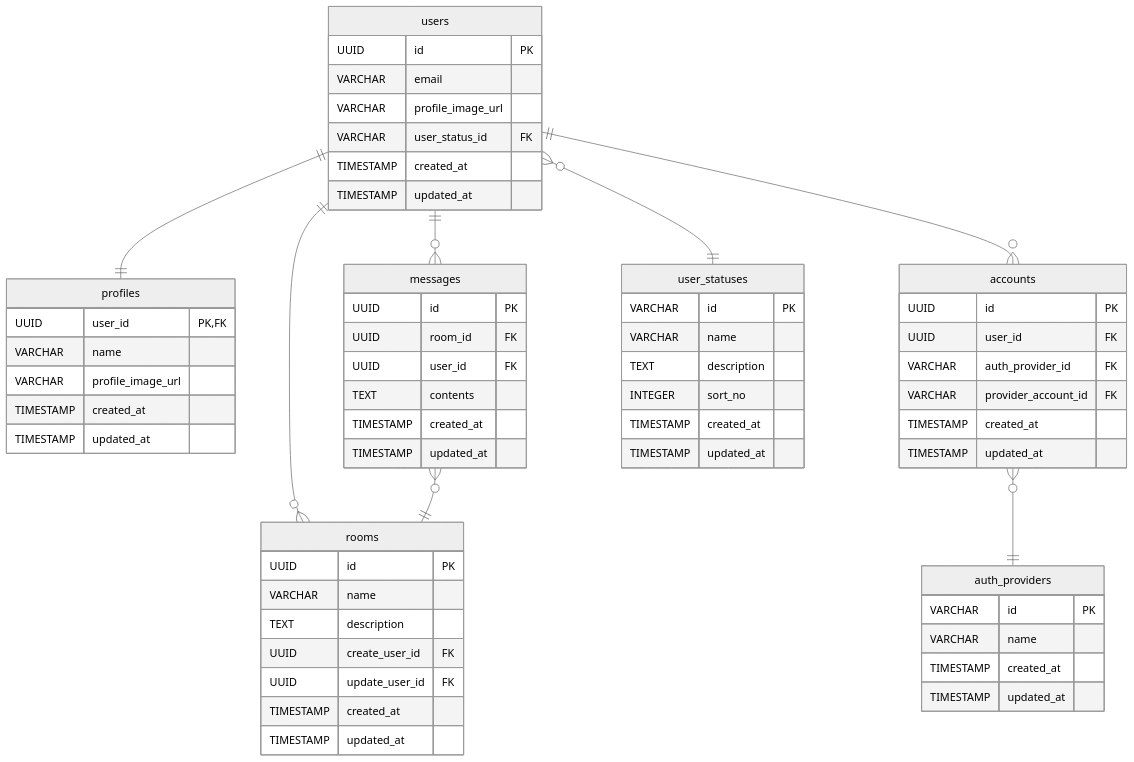
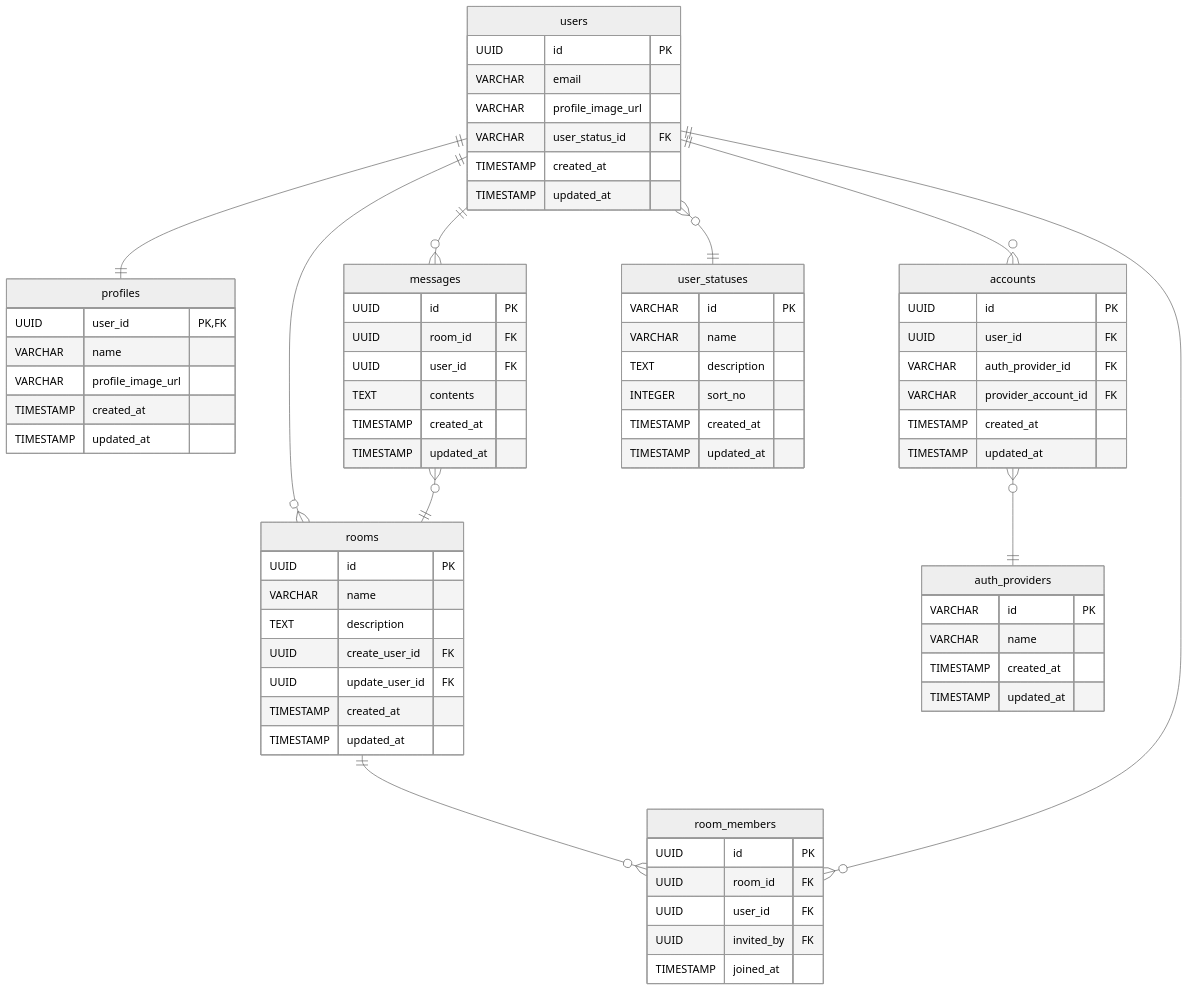
One commit to masuoka-hcompany/chat-app changed the diagram in docs/DB設計/DB設計.md. Above: the diagram before and after it, drawn with Mermaid (neutral theme). The commit also changed other lines of this file, not shown here.

````diff
--- a/docs/DB設計/DB設計.md
+++ b/docs/DB設計/DB設計.md
@@ -118,73 +138,83 @@
 ```mermaid
 erDiagram
   %% リレーション定義
   users 1--1 profiles : ""
   users 1--0+ messages : ""
   users 1--0+ rooms : ""
   users 1--0+ accounts : ""
   accounts 0+--1 auth_providers : ""
   users 0+--1 user_statuses : ""
   messages 0+--1 rooms : ""
+  rooms 1--0+ room_members : ""
+  users 1--0+ room_members : ""
 
   users {
     UUID id PK
     VARCHAR email
     VARCHAR profile_image_url
     VARCHAR user_status_id FK
     TIMESTAMP created_at
     TIMESTAMP updated_at
   }
 
   profiles {
     UUID user_id PK,FK
     VARCHAR name
     VARCHAR profile_image_url
     TIMESTAMP created_at
     TIMESTAMP updated_at
   }
 
   user_statuses {
     VARCHAR id PK
     VARCHAR name
     TEXT description
     INTEGER sort_no
     TIMESTAMP created_at
     TIMESTAMP updated_at
   }
 
   accounts {
     UUID id PK
     UUID user_id FK
     VARCHAR auth_provider_id FK
     VARCHAR provider_account_id FK
     TIMESTAMP created_at
     TIMESTAMP updated_at
   }
 
   auth_providers {
     VARCHAR id PK
     VARCHAR name
     TIMESTAMP created_at
     TIMESTAMP updated_at
   }
 
   rooms {
     UUID id PK
     VARCHAR name
     TEXT description
     UUID create_user_id FK
     UUID update_user_id FK
     TIMESTAMP created_at
     TIMESTAMP updated_at
   }
 
+  room_members {
+    UUID id PK
+    UUID room_id FK
+    UUID user_id FK
+    UUID invited_by FK
+    TIMESTAMP joined_at
+  }
+
   messages {
     UUID id PK
     UUID room_id FK
     UUID user_id FK
     TEXT contents
     TIMESTAMP created_at
     TIMESTAMP updated_at
   }
 
 ```
````
